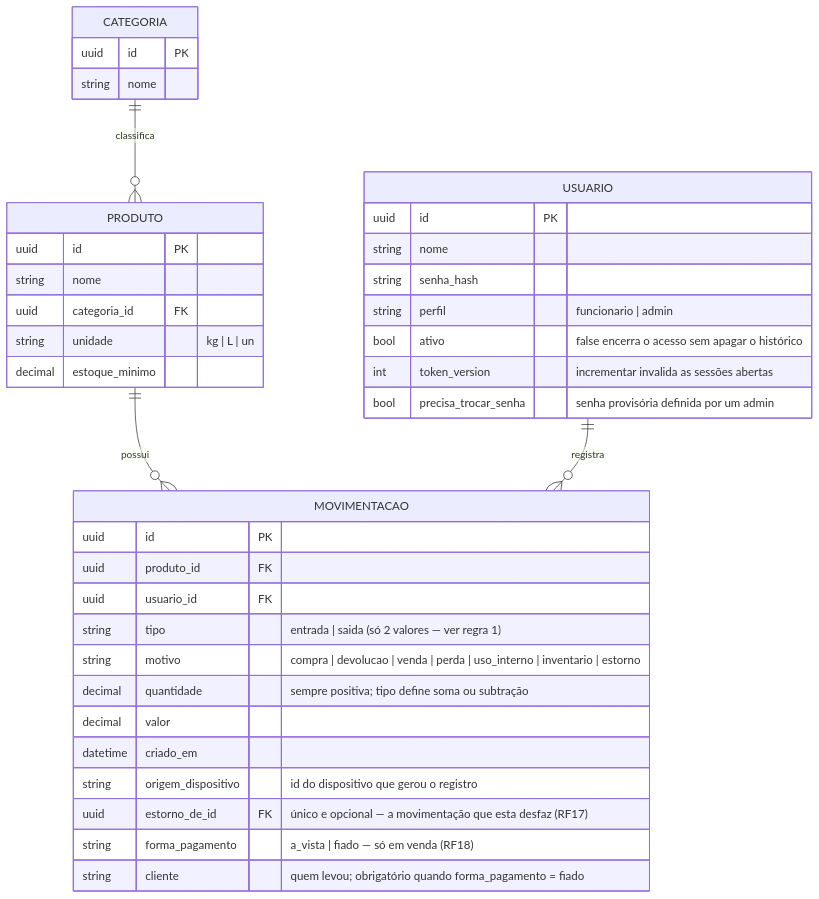
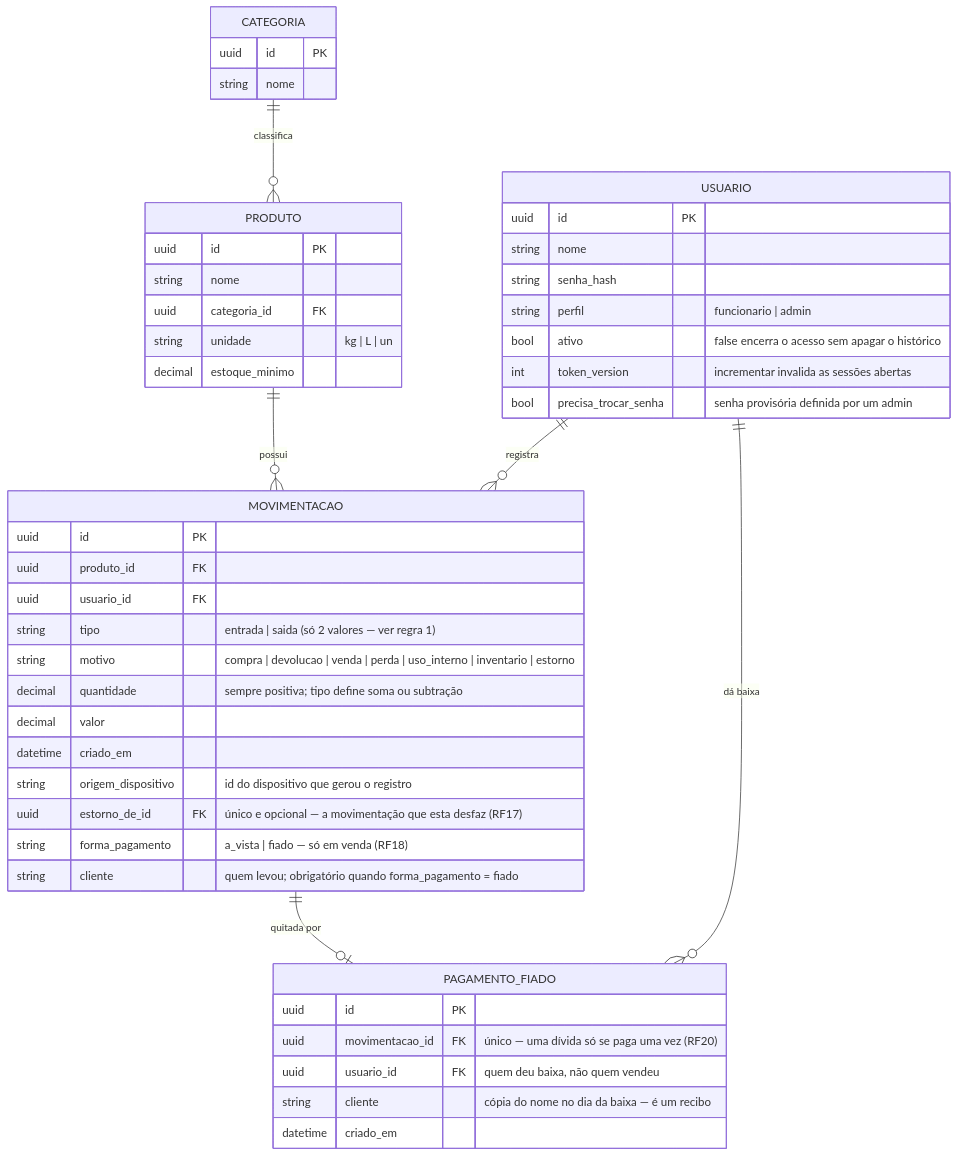
One commit to SergioGuthyerres/CONTROLE-ESTOQUE changed the diagram in docs/especificacao-requisitos.md. Above: the diagram before and after it, drawn with Mermaid. The commit also changed other lines of this file and 11 other files, not shown here.

First line of the commit message:
feat: lista de devedores com baixa de fiado registrada

````diff
--- a/docs/especificacao-requisitos.md
+++ b/docs/especificacao-requisitos.md
@@ -47,41 +48,50 @@
 ```mermaid
 erDiagram
     USUARIO {
         uuid id PK
         string nome
         string senha_hash
         string perfil "funcionario | admin"
         bool ativo "false encerra o acesso sem apagar o histórico"
         int token_version "incrementar invalida as sessões abertas"
         bool precisa_trocar_senha "senha provisória definida por um admin"
     }
     CATEGORIA {
         uuid id PK
         string nome
     }
     PRODUTO {
         uuid id PK
         string nome
         uuid categoria_id FK
         string unidade "kg | L | un"
         decimal estoque_minimo
     }
     MOVIMENTACAO {
         uuid id PK
         uuid produto_id FK
         uuid usuario_id FK
         string tipo "entrada | saida (só 2 valores — ver regra 1)"
         string motivo "compra | devolucao | venda | perda | uso_interno | inventario | estorno"
         decimal quantidade "sempre positiva; tipo define soma ou subtração"
         decimal valor
         datetime criado_em
         string origem_dispositivo "id do dispositivo que gerou o registro"
         uuid estorno_de_id FK "único e opcional — a movimentação que esta desfaz (RF17)"
         string forma_pagamento "a_vista | fiado — só em venda (RF18)"
         string cliente "quem levou; obrigatório quando forma_pagamento = fiado"
     }
+    PAGAMENTO_FIADO {
+        uuid id PK
+        uuid movimentacao_id FK "único — uma dívida só se paga uma vez (RF20)"
+        uuid usuario_id FK "quem deu baixa, não quem vendeu"
+        string cliente "cópia do nome no dia da baixa — é um recibo"
+        datetime criado_em
+    }
 
     CATEGORIA ||--o{ PRODUTO : classifica
     PRODUTO ||--o{ MOVIMENTACAO : possui
     USUARIO ||--o{ MOVIMENTACAO : registra
+    MOVIMENTACAO ||--o| PAGAMENTO_FIADO : "quitada por"
+    USUARIO ||--o{ PAGAMENTO_FIADO : "dá baixa"
 ```
````
